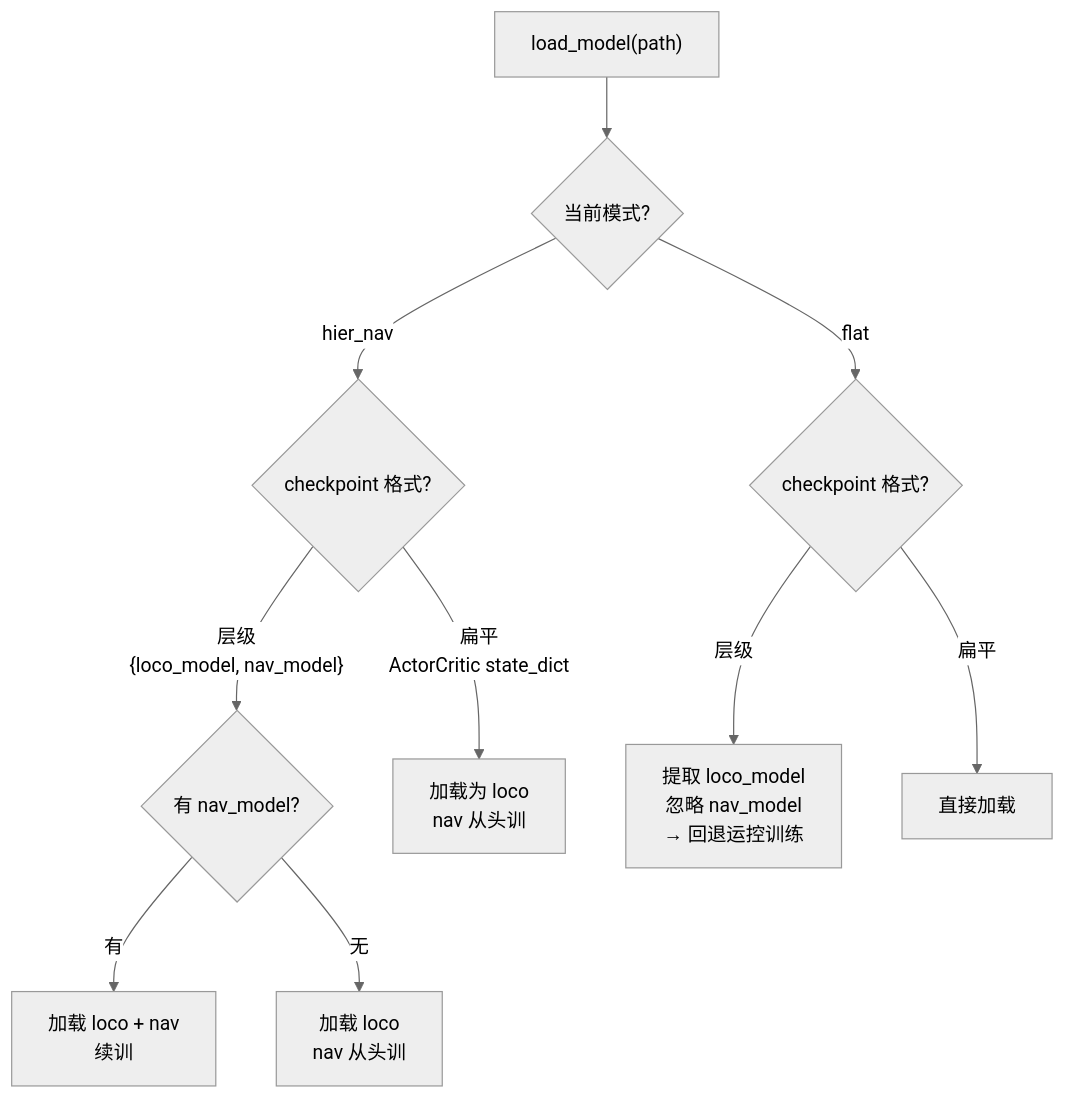
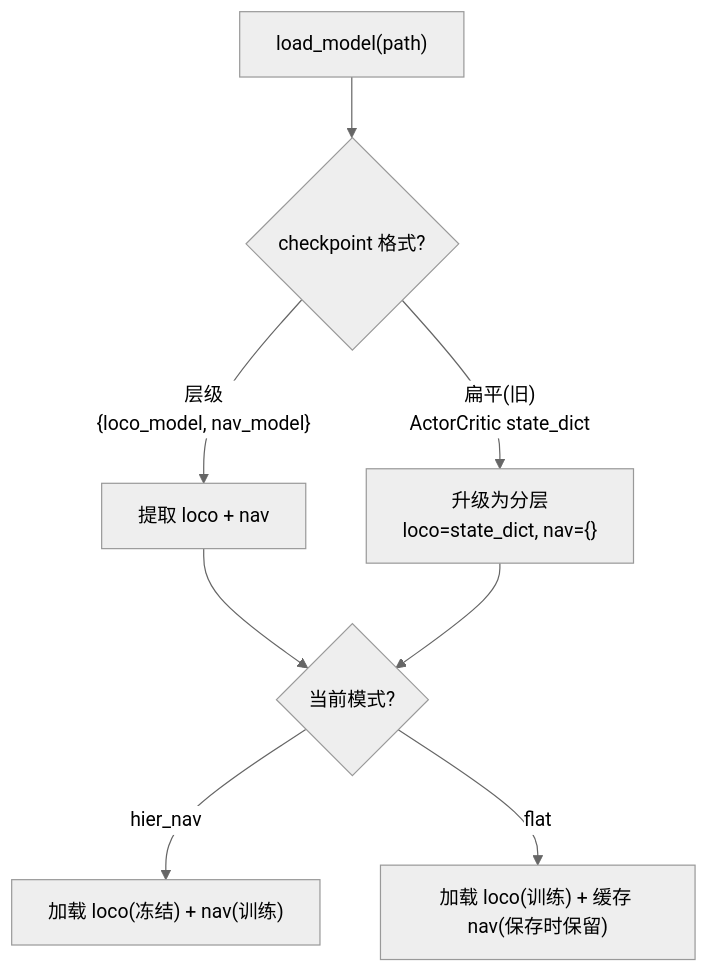
Before and after one commit to SZUEAILab/KaiwuDogStage2: the second of 2 diagrams in README.md, drawn with Mermaid (neutral theme). The commit also changed other lines of this file and 1 other file, not shown here.

````diff
--- a/README.md
+++ b/README.md
@@ -138,16 +139,13 @@
 ```mermaid
 flowchart TD
-    load["load_model(path)"] --> is_hier{"当前模式?"}
+    load["load_model(path)"] --> detect{"checkpoint 格式?"}
 
-    is_hier -->|"hier_nav"| hier_type{"checkpoint 格式?"}
-    is_hier -->|"flat"| flat_type{"checkpoint 格式?"}
+    detect -->|"层级<br/>{loco_model, nav_model}"| hier["提取 loco + nav"]
+    detect -->|"扁平(旧)<br/>ActorCritic state_dict"| legacy["升级为分层<br/>loco=state_dict, nav={}"]
 
-    hier_type -->|"层级<br/>{loco_model, nav_model}"| has_nav{"有 nav_model?"}
-    hier_type -->|"扁平<br/>ActorCritic state_dict"| hier_flat["加载为 loco<br/>nav 从头训"]
+    hier --> dispatch{"当前模式?"}
+    legacy --> dispatch
 
-    has_nav -->|"有"| hier_full["加载 loco + nav<br/>续训"]
-    has_nav -->|"无"| hier_loco["加载 loco<br/>nav 从头训"]
-
-    flat_type -->|"层级"| flat_extract["提取 loco_model<br/>忽略 nav_model<br/>→ 回退运控训练"]
-    flat_type -->|"扁平"| flat_direct["直接加载"]
+    dispatch -->|"hier_nav"| hier_out["加载 loco(冻结) + nav(训练)"]
+    dispatch -->|"flat"| flat_out["加载 loco(训练) + 缓存 nav(保存时保留)"]
 ```
````
